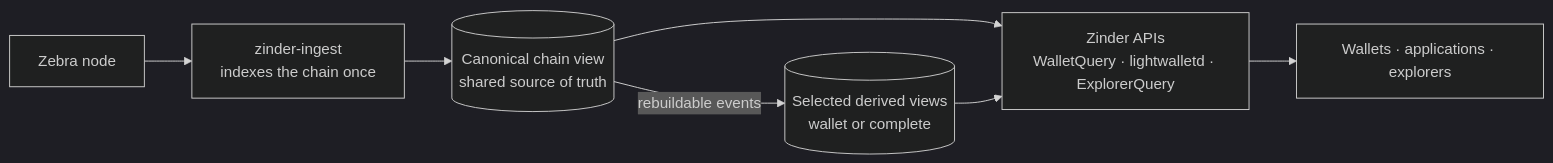
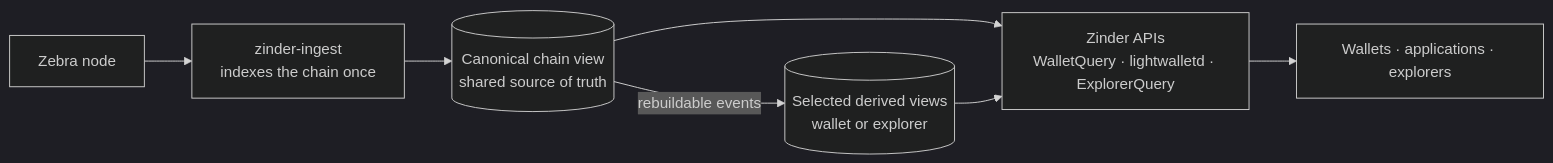
The diagram in README.md (gustavovalverde/zinder), drawn with Mermaid (dark theme) before and after one commit. The commit also changed 26 other files, not shown here.

````diff
--- a/README.md
+++ b/README.md
@@ -100,9 +100,9 @@
 ```mermaid
 flowchart LR
     Zebra["Zebra node"] --> Ingest["zinder-ingest<br/>indexes the chain once"]
     Ingest --> Canonical[("Canonical chain view<br/>shared source of truth")]
     Canonical --> APIs["Zinder APIs<br/>WalletQuery · lightwalletd · ExplorerQuery"]
-    Canonical -->|"rebuildable events"| Projections[("Selected derived views<br/>wallet or complete")]
+    Canonical -->|"rebuildable events"| Projections[("Selected derived views<br/>wallet or explorer")]
     Projections --> APIs
     APIs --> Consumers["Wallets · applications · explorers"]
 ```
````
